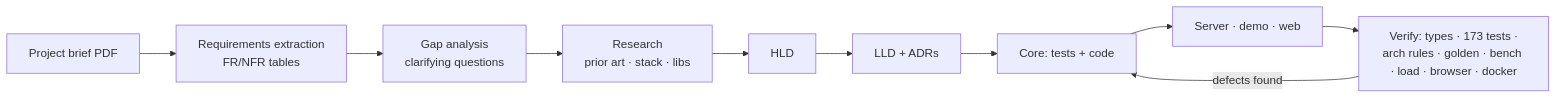
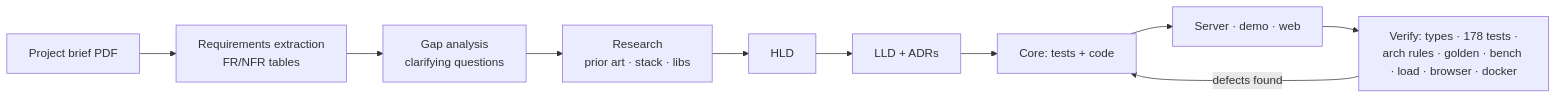
One commit to SarthakB11/gamenotify changed the diagram in docs/ai-process/process.md. Above: the diagram before and after it, drawn with Mermaid. The commit also changed 3 other files, not shown here.

````diff
--- a/docs/ai-process/process.md
+++ b/docs/ai-process/process.md
@@ -7,12 +7,12 @@
 ```mermaid
 flowchart LR
   A[Project brief PDF] --> B[Requirements extraction<br/>FR/NFR tables]
   B --> C[Gap analysis<br/>clarifying questions]
   C --> D[Research<br/>prior art · stack · libs]
   D --> E[HLD]
   E --> F[LLD + ADRs]
   F --> G[Core: tests + code]
   G --> H[Server · demo · web]
-  H --> I[Verify: types · 173 tests ·<br/>arch rules · golden · bench · load · browser · docker]
+  H --> I[Verify: types · 178 tests ·<br/>arch rules · golden · bench · load · browser · docker]
   I -->|defects found| G
 ```
````
